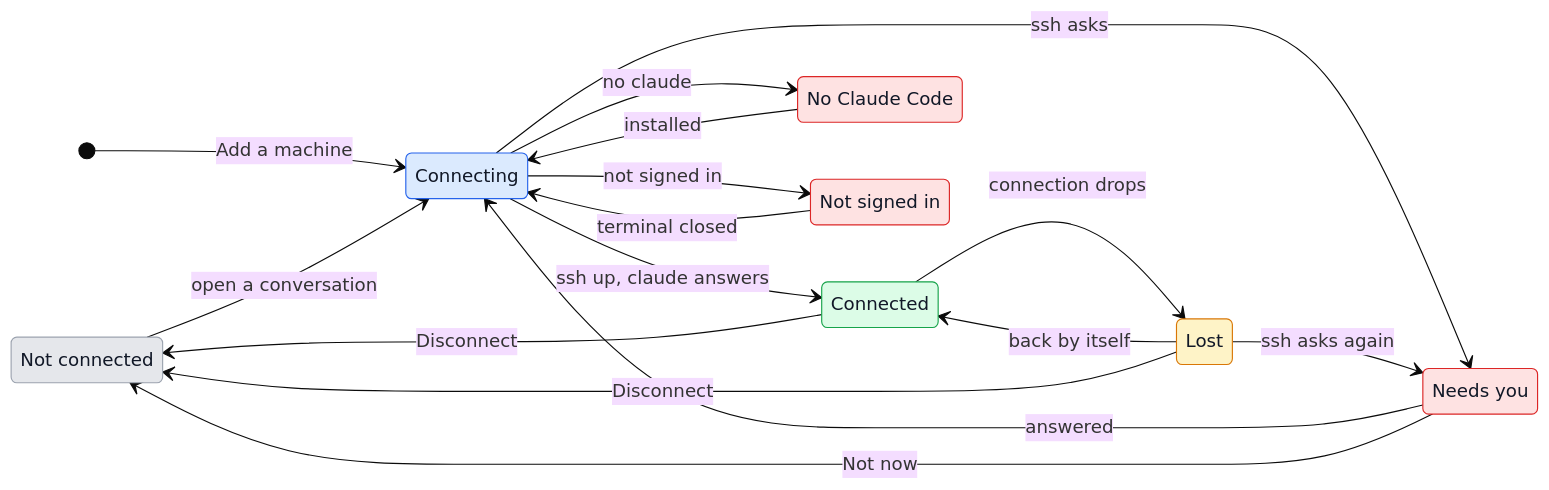
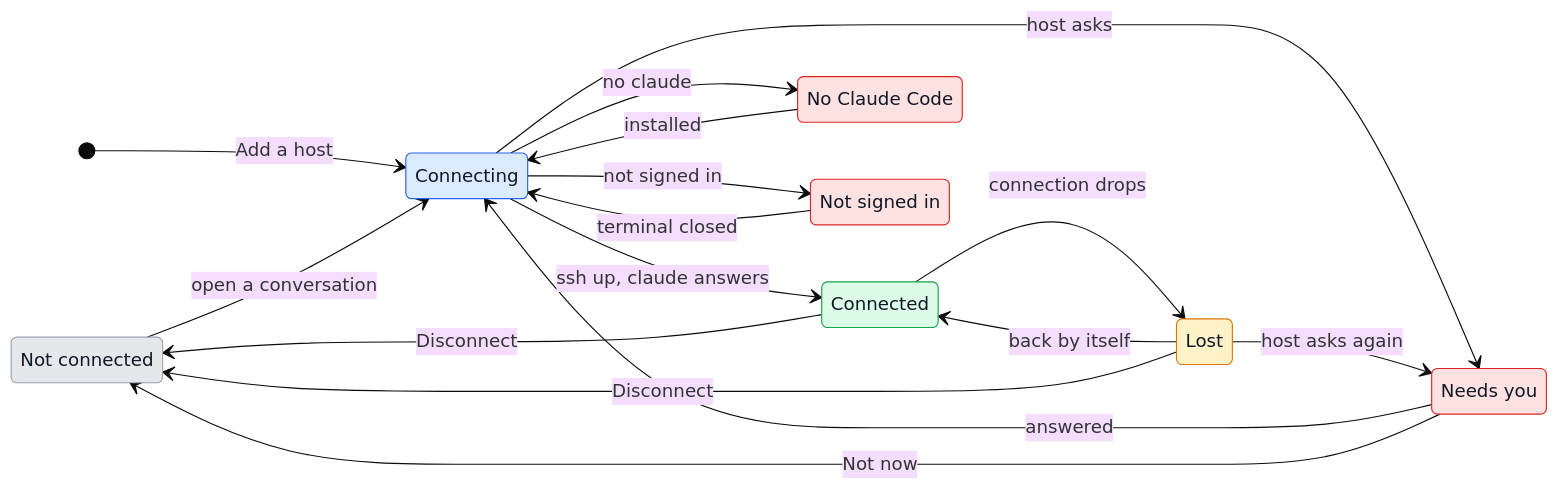
One commit to anetrebskii/geckit changed the third of 3 diagrams in docs/ux/remote-hosts.md. Above: the diagram before and after it, drawn with Mermaid (base theme). The commit also changed other lines of this file and 8 other files, not shown here.

````diff
--- a/docs/ux/remote-hosts.md
+++ b/docs/ux/remote-hosts.md
@@ -104,41 +126,41 @@
 ```mermaid
 stateDiagram-v2
   direction LR
   classDef quiet fill:#e5e7eb,stroke:#9ca3af,color:#111827
   classDef going fill:#dbeafe,stroke:#2563eb,color:#111827
   classDef wait fill:#fef3c7,stroke:#d97706,color:#111827
   classDef hands fill:#fee2e2,stroke:#dc2626,color:#111827
   classDef done fill:#dcfce7,stroke:#16a34a,color:#111827
 
   state "Not connected" as idle
   state "Connecting" as connecting
   state "Connected" as up
   state "Lost" as lost
   state "Needs you" as needs
   state "No Claude Code" as missing
   state "Not signed in" as signin
 
-  [*] --> connecting: Add a machine
+  [*] --> connecting: Add a host
   idle --> connecting: open a conversation
   connecting --> up: ssh up, claude answers
-  connecting --> needs: ssh asks
+  connecting --> needs: host asks
   connecting --> missing: no claude
   connecting --> signin: not signed in
   needs --> connecting: answered
   needs --> idle: Not now
   missing --> connecting: installed
   signin --> connecting: terminal closed
   up --> lost: connection drops
   lost --> up: back by itself
-  lost --> needs: ssh asks again
+  lost --> needs: host asks again
   up --> idle: Disconnect
   lost --> idle: Disconnect
 
   class idle quiet
   class connecting going
   class up done
   class lost wait
   class needs hands
   class missing hands
   class signin hands
 ```
````
